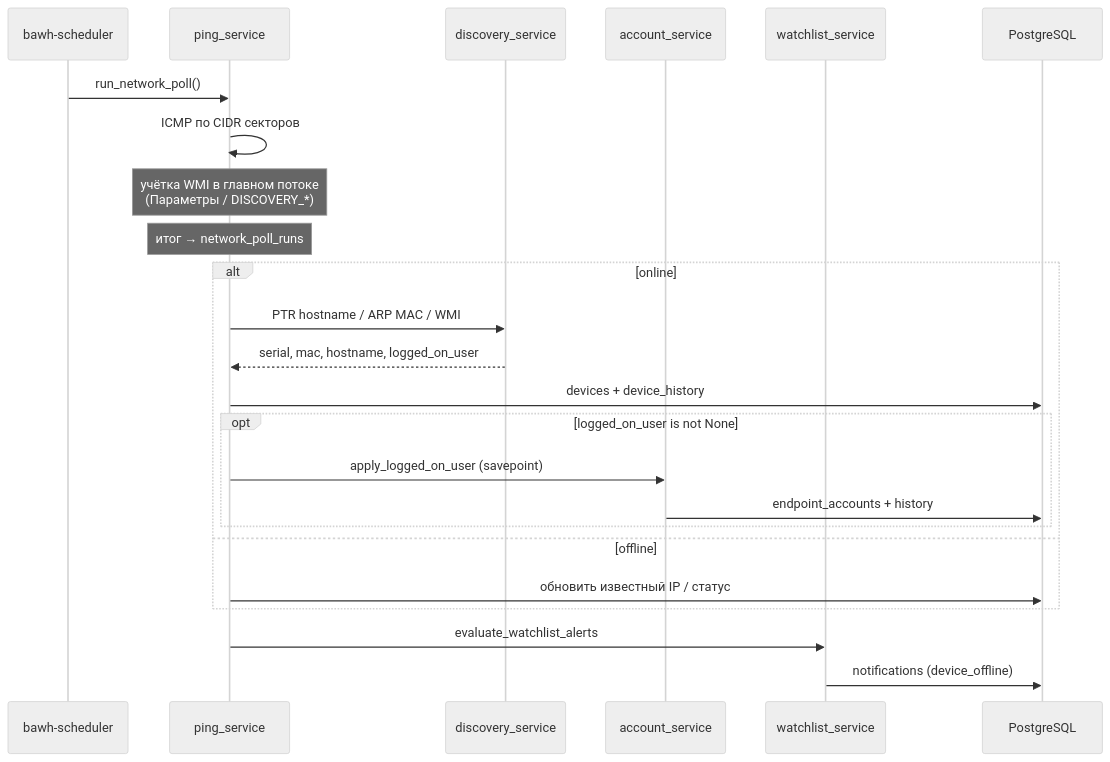
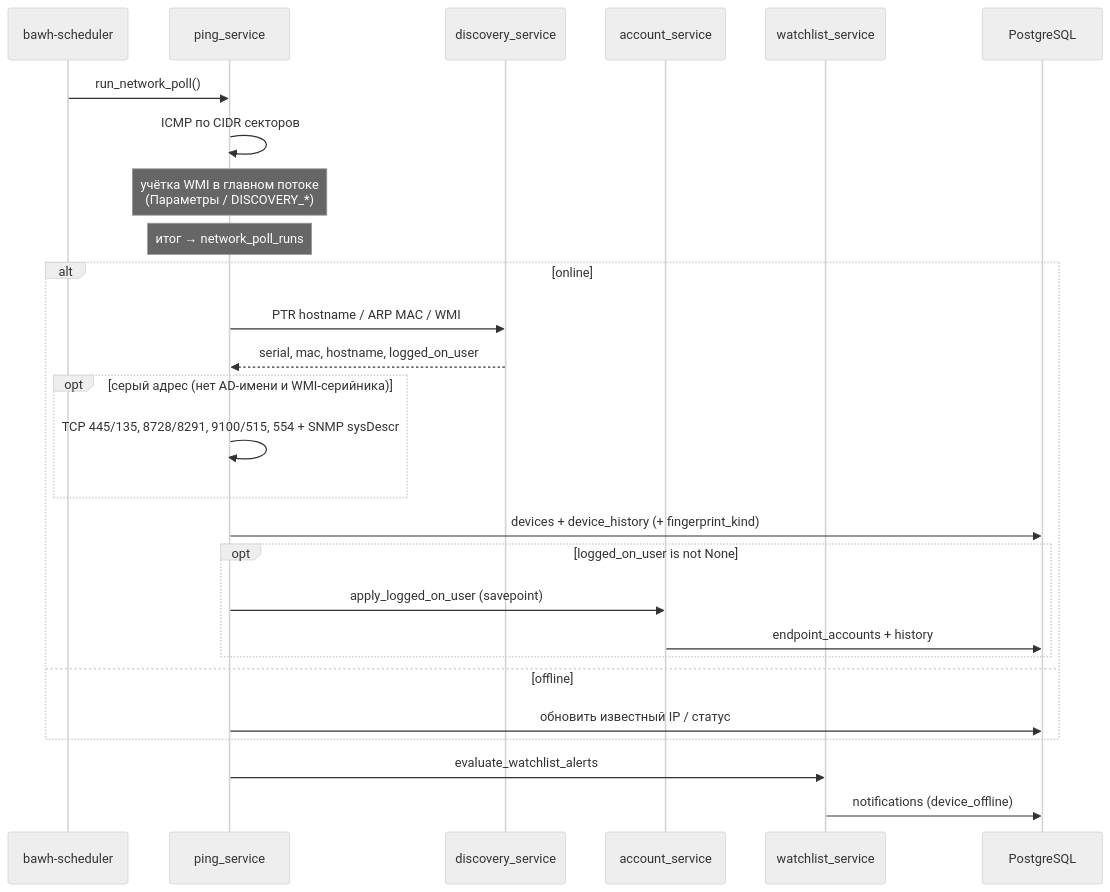
Before and after one commit to blazerity/admin-webhelper: the second of 2 diagrams in docs/ARCHITECTURE.md, drawn with Mermaid (neutral theme). The commit also changed other lines of this file and 12 other files, not shown here.

First line of the commit message:
Опрос TCP/SNMP для серых устройств, живой поиск списков, v1.1.0.

````diff
--- a/docs/ARCHITECTURE.md
+++ b/docs/ARCHITECTURE.md
@@ -521,27 +523,30 @@
 ```mermaid
 sequenceDiagram
   participant Sch as bawh-scheduler
   participant Ping as ping_service
   participant Disc as discovery_service
   participant Acc as account_service
   participant WL as watchlist_service
   participant DB as PostgreSQL
 
   Sch->>Ping: run_network_poll()
   Ping->>Ping: ICMP по CIDR секторов
   Note over Ping: учётка WMI в главном потоке<br/>(Параметры / DISCOVERY_*)
   Note over Ping: итог → network_poll_runs
   alt online
     Ping->>Disc: PTR hostname / ARP MAC / WMI
     Disc-->>Ping: serial, mac, hostname, logged_on_user
-    Ping->>DB: devices + device_history
+    opt серый адрес (нет AD-имени и WMI-серийника)
+      Ping->>Ping: TCP 445/135, 8728/8291, 9100/515, 554 + SNMP sysDescr
+    end
+    Ping->>DB: devices + device_history (+ fingerprint_kind)
     opt logged_on_user is not None
       Ping->>Acc: apply_logged_on_user (savepoint)
       Acc->>DB: endpoint_accounts + history
     end
   else offline
     Ping->>DB: обновить известный IP / статус
   end
   Ping->>WL: evaluate_watchlist_alerts
   WL->>DB: notifications (device_offline)
 ```
````
